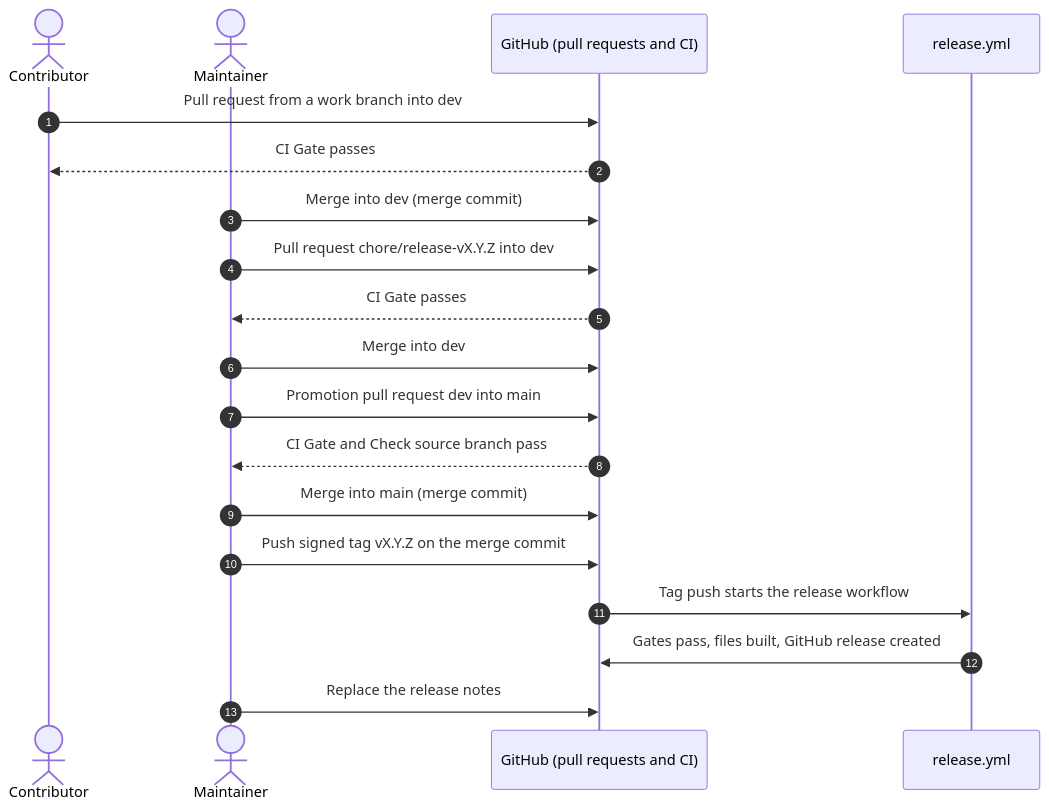
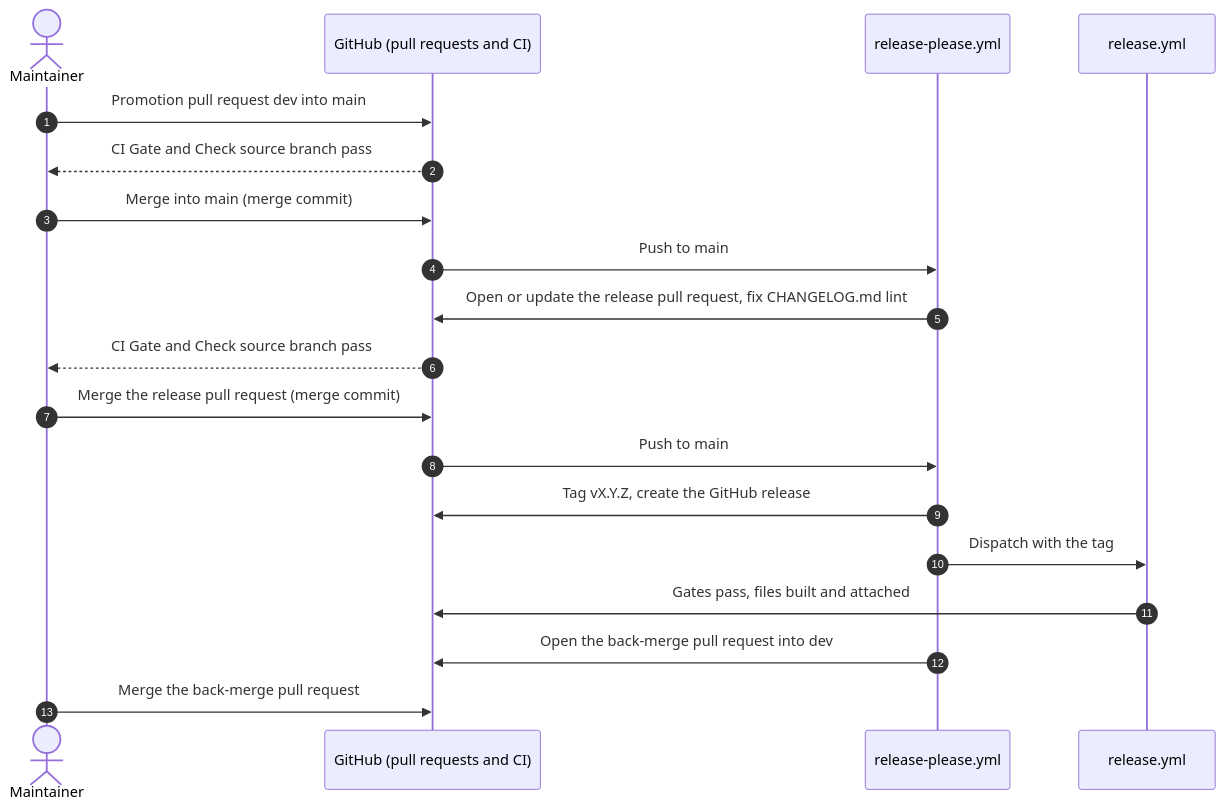
The second of 2 diagrams in RELEASE_PROCESS.md (Nistapp/codebase-agentic-readiness-framework), drawn with Mermaid before and after one commit. The commit also changed other lines of this file and 9 other files, not shown here.

First line of the commit message:
docs(release): describe the release-please process

````diff
--- a/RELEASE_PROCESS.md
+++ b/RELEASE_PROCESS.md
@@ -59,22 +105,22 @@
 ```mermaid
 sequenceDiagram
     autonumber
-    actor C as Contributor
     actor Mn as Maintainer
     participant GH as GitHub (pull requests and CI)
+    participant RP as release-please.yml
     participant RW as release.yml
 
-    C->>GH: Pull request from a work branch into dev
-    GH-->>C: CI Gate passes
-    Mn->>GH: Merge into dev (merge commit)
-    Mn->>GH: Pull request chore/release-vX.Y.Z into dev
-    GH-->>Mn: CI Gate passes
-    Mn->>GH: Merge into dev
     Mn->>GH: Promotion pull request dev into main
     GH-->>Mn: CI Gate and Check source branch pass
     Mn->>GH: Merge into main (merge commit)
-    Mn->>GH: Push signed tag vX.Y.Z on the merge commit
-    GH->>RW: Tag push starts the release workflow
-    RW->>GH: Gates pass, files built, GitHub release created
-    Mn->>GH: Replace the release notes
+    GH->>RP: Push to main
+    RP->>GH: Open or update the release pull request, fix CHANGELOG.md lint
+    GH-->>Mn: CI Gate and Check source branch pass
+    Mn->>GH: Merge the release pull request (merge commit)
+    GH->>RP: Push to main
+    RP->>GH: Tag vX.Y.Z, create the GitHub release
+    RP->>RW: Dispatch with the tag
+    RW->>GH: Gates pass, files built and attached
+    RP->>GH: Open the back-merge pull request into dev
+    Mn->>GH: Merge the back-merge pull request
 ```
````
